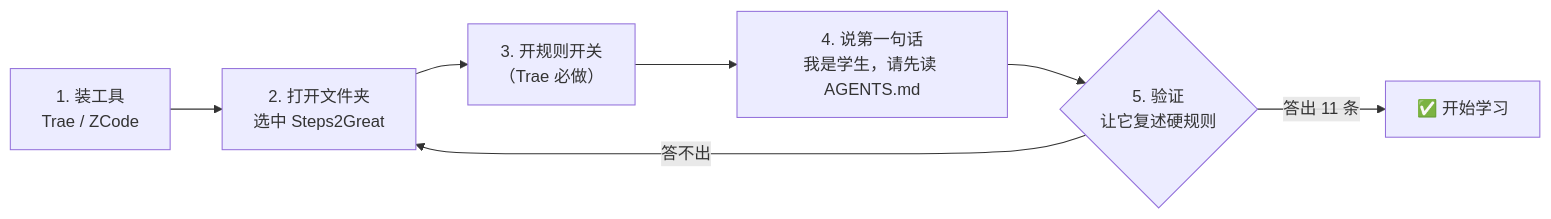
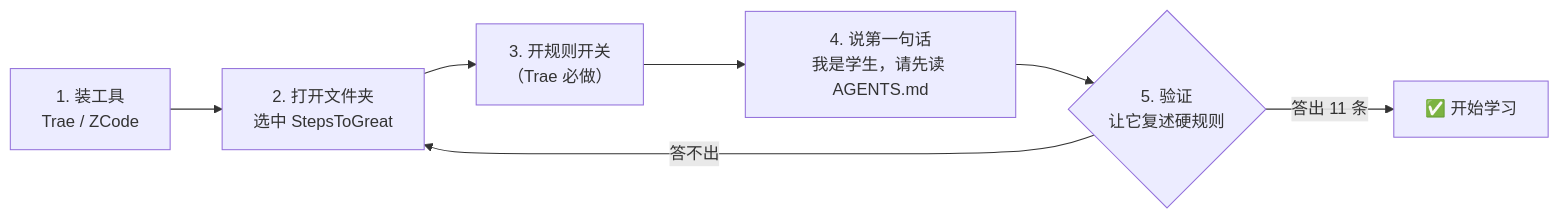
The first of 3 diagrams in 教程/界面示意图.md (wildcat430524/StepsToGreat), drawn with Mermaid before and after one commit. The commit also changed other lines of this file and 32 other files, not shown here.

First line of the commit message:
revert: 撤销改名，项目名恢复为 StepsToGreat

````diff
--- a/教程/界面示意图.md
+++ b/教程/界面示意图.md
@@ -32,9 +32,9 @@
 ```mermaid
 flowchart LR
-    A["1. 装工具<br/>Trae / ZCode"] --> B["2. 打开文件夹<br/>选中 Steps2Great"]
+    A["1. 装工具<br/>Trae / ZCode"] --> B["2. 打开文件夹<br/>选中 StepsToGreat"]
     B --> C["3. 开规则开关<br/>（Trae 必做）"]
     C --> D["4. 说第一句话<br/>我是学生，请先读 AGENTS.md"]
     D --> E{"5. 验证<br/>让它复述硬规则"}
     E -->|"答出 11 条"| F["✅ 开始学习"]
     E -->|"答不出"| B
 ```
````
